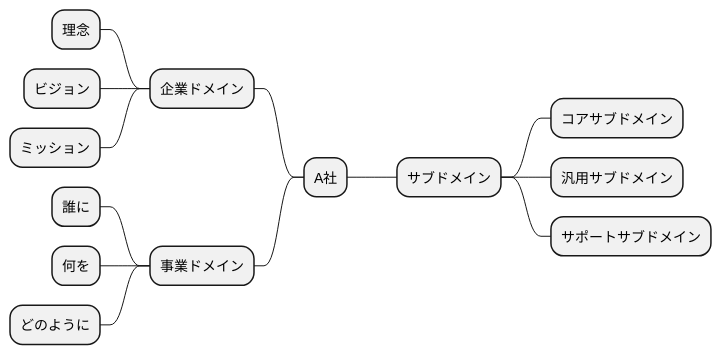
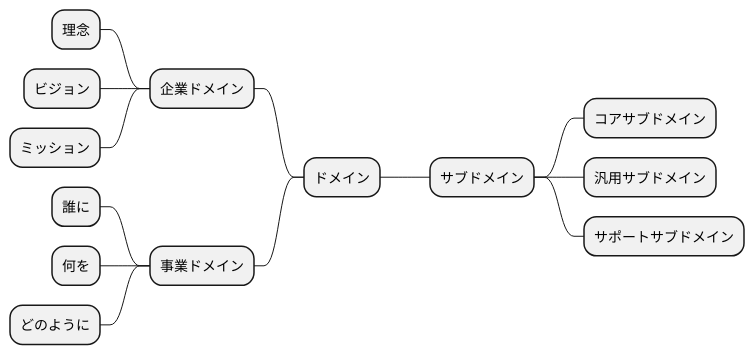
Diagram 13 of 16 in docs/case/r0X_case_X.adoc (k2works/case-sutudy-business-analysis), drawn with PlantUML before and after one commit. The commit also changed other lines of this file and 2 other files, not shown here.

Commit message:
docs:テンプレート

```diff
--- a/docs/case/r0X_case_X.adoc
+++ b/docs/case/r0X_case_X.adoc
@@ -259,21 +262,25 @@
 [plantuml]
 ----
 @startmindmap
 
-* A社
-** サブドメイン
-*** コアサブドメイン
-*** 汎用サブドメイン
-*** サポートサブドメイン
+* ドメイン
+
 left side
 ** 企業ドメイン
 *** 理念
 *** ビジョン
 *** ミッション
 ** 事業ドメイン
 *** 誰に
 *** 何を
 *** どのように
 
+right side
+
+** サブドメイン
+*** コアサブドメイン
+*** 汎用サブドメイン
+*** サポートサブドメイン
+
 @endmindmap
 ----
```
